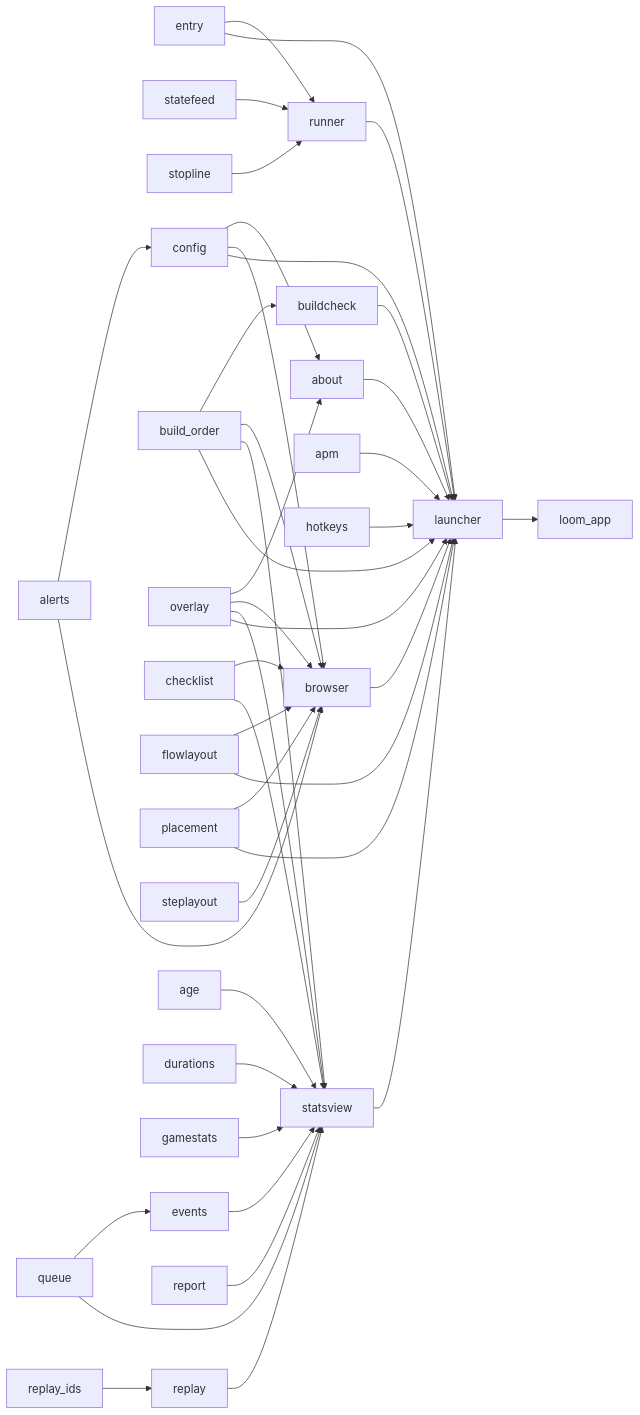
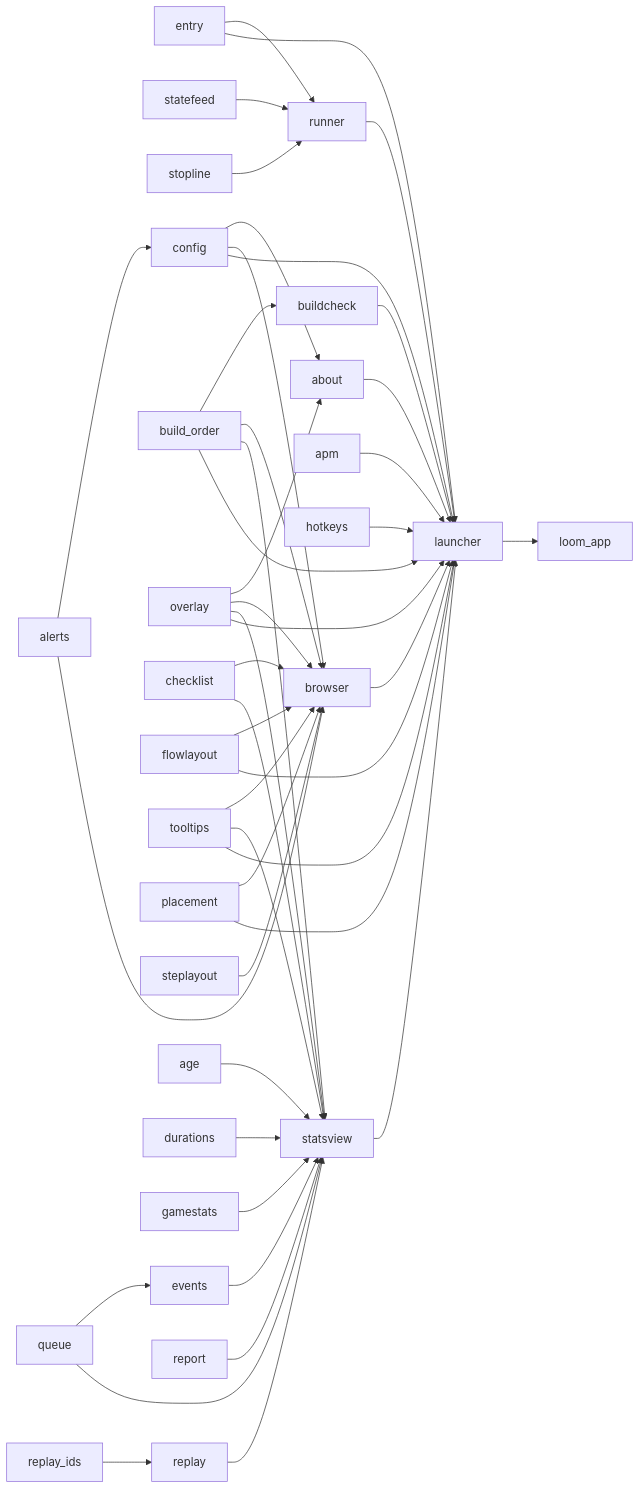
The fourth of 5 diagrams in docs/architecture.md (gwaihirf22/loom_AOE), drawn with Mermaid before and after one commit. The commit also changed other lines of this file and 296 other files, not shown here.

````diff
--- a/docs/architecture.md
+++ b/docs/architecture.md
@@ -192,44 +208,47 @@
 ```mermaid
 flowchart LR
     entry --> runner
     statefeed --> runner
     stopline --> runner
     alerts --> config
     build_order --> buildcheck
     config --> about
     overlay --> about
     alerts --> browser
     build_order --> browser
     checklist --> browser
     config --> browser
     flowlayout --> browser
+    tooltips --> browser
     overlay --> browser
     placement --> browser
     steplayout --> browser
     queue --> events
     age --> statsview
     build_order --> statsview
     checklist --> statsview
     durations --> statsview
     events --> statsview
     gamestats --> statsview
     overlay --> statsview
     queue --> statsview
     replay_ids --> replay
     replay --> statsview
+    tooltips --> statsview
     report --> statsview
     about --> launcher
     apm --> launcher
     browser --> launcher
     build_order --> launcher
     buildcheck --> launcher
     config --> launcher
     entry --> launcher
     flowlayout --> launcher
+    tooltips --> launcher
     hotkeys --> launcher
     overlay --> launcher
     placement --> launcher
     runner --> launcher
     statsview --> launcher
     launcher --> loom_app
 ```
````
